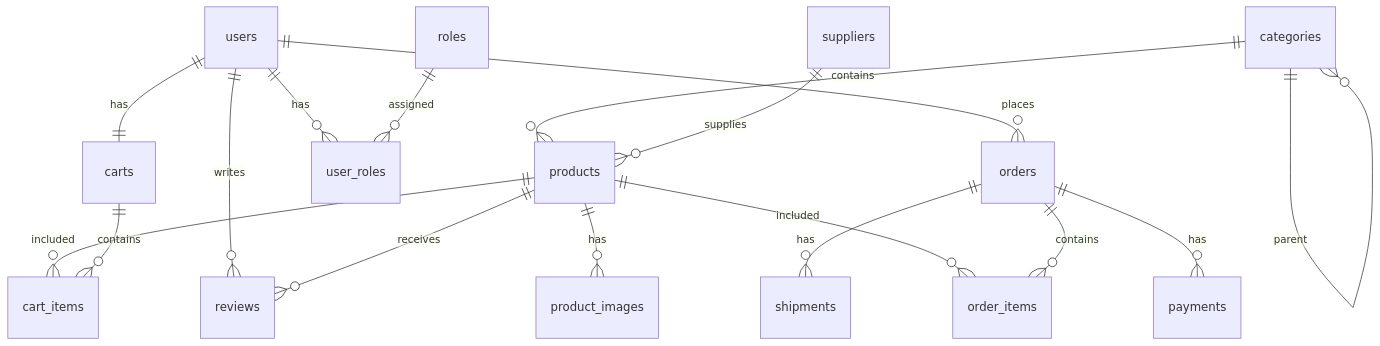
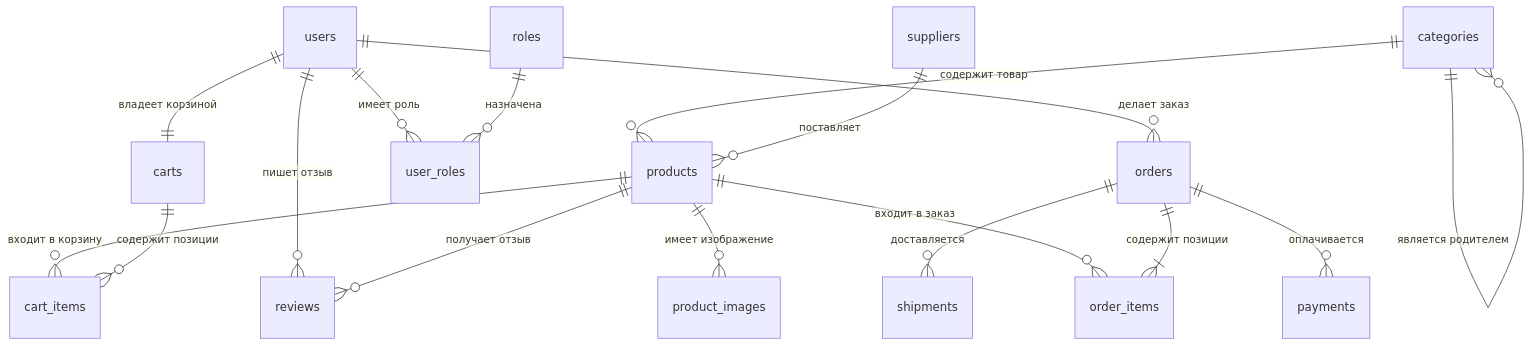
Before and after one commit to YashaChortov/BD_Labs: the diagram in README.md, drawn with Mermaid. The commit also changed other lines of this file, not shown here.

````diff
--- a/README.md
+++ b/README.md
@@ -281,19 +281,21 @@
 ```mermaid
 erDiagram
-    users ||--o{ orders : places
-    users ||--o{ reviews : writes
-    users ||--|| carts : has
-    users ||--o{ user_roles : has
-    roles ||--o{ user_roles : assigned
-    categories ||--o{ products : contains
-    categories ||--o{ categories : parent
-    suppliers ||--o{ products : supplies
-    products ||--o{ product_images : has
-    products ||--o{ order_items : included
-    products ||--o{ cart_items : included
-    products ||--o{ reviews : receives
-    orders ||--o{ order_items : contains
-    orders ||--o{ payments : has
-    orders ||--o{ shipments : has
-    carts ||--o{ cart_items : contains
+    %% ===== Сущности и связи =====
+
+    users ||--o{ orders : "делает заказ"
+    users ||--o{ reviews : "пишет отзыв"
+    users ||--|| carts : "владеет корзиной"
+    users ||--o{ user_roles : "имеет роль"
+    roles ||--o{ user_roles : "назначена"
+    categories ||--o{ products : "содержит товар"
+    categories ||--o{ categories : "является родителем"
+    suppliers ||--o{ products : "поставляет"
+    products ||--o{ product_images : "имеет изображение"
+    products ||--o{ order_items : "входит в заказ"
+    products ||--o{ cart_items : "входит в корзину"
+    products ||--o{ reviews : "получает отзыв"
+    orders ||--|{ order_items : "содержит позиции"
+    orders ||--o{ payments : "оплачивается"
+    orders ||--o{ shipments : "доставляется"
+    carts ||--o{ cart_items : "содержит позиции"
 ```
````
